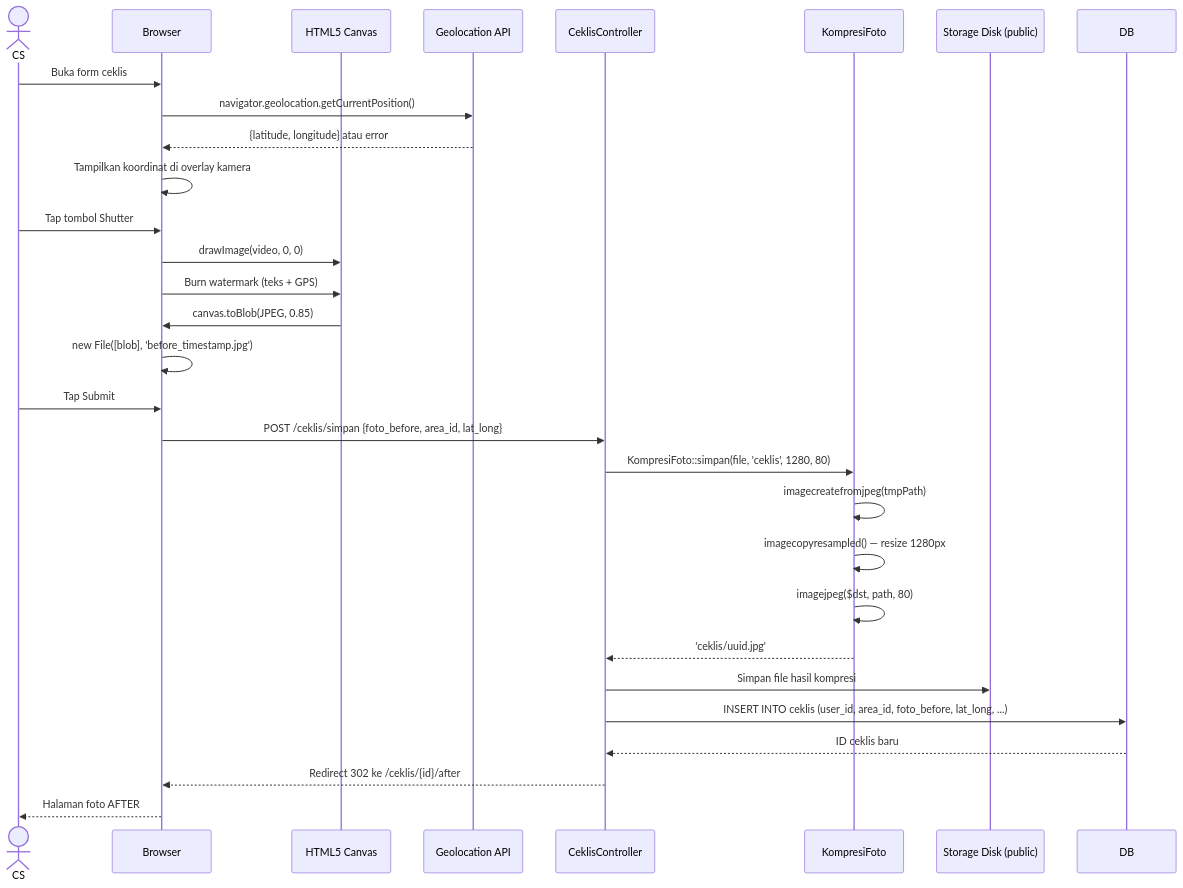
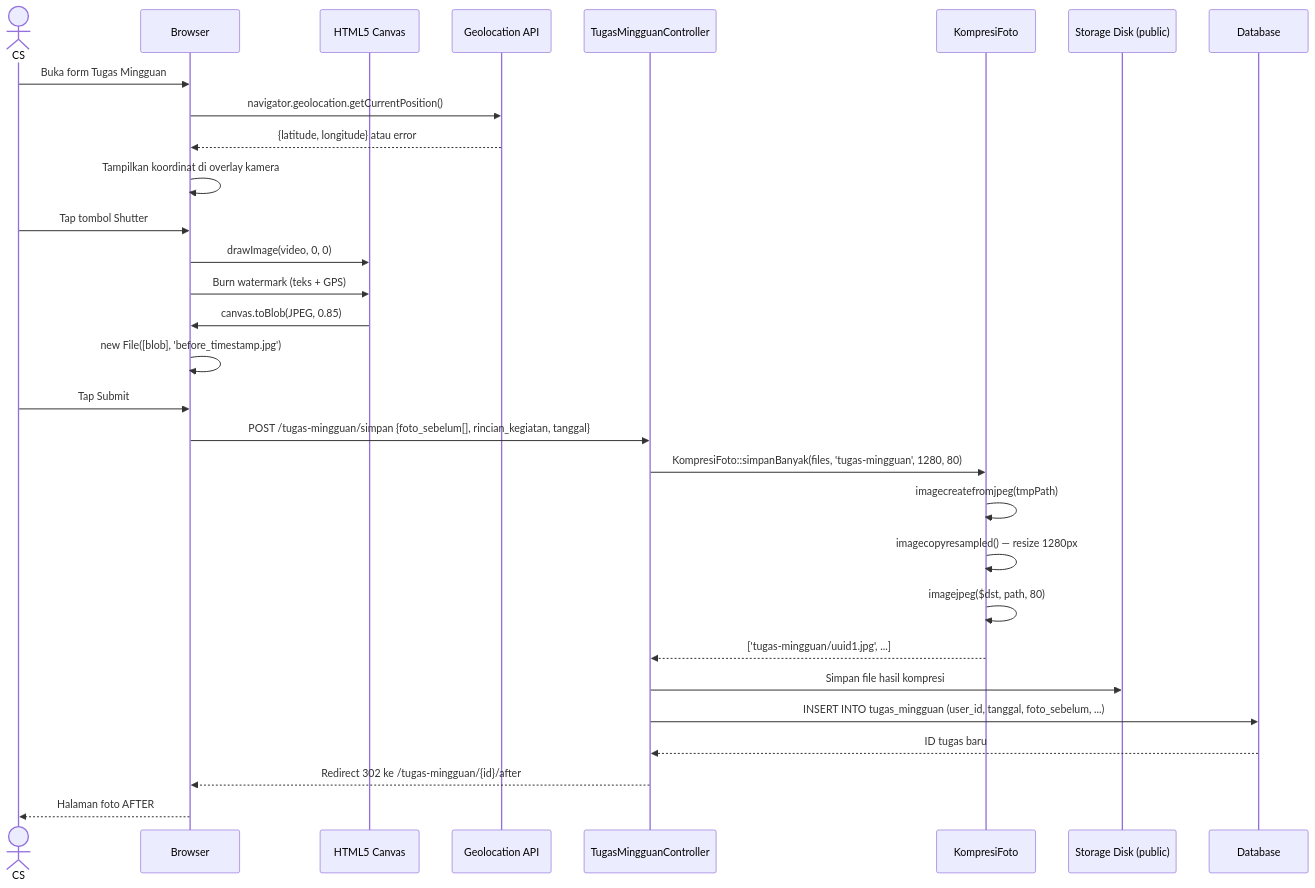
Before and after one commit to iyanriv/puskesmas-cleaning: the tenth of 15 diagrams in uml-erd.md, drawn with Mermaid. The commit also changed other lines of this file and 122 other files, not shown here.

````diff
--- a/uml-erd.md
+++ b/uml-erd.md
@@ -884,36 +810,37 @@
 ```mermaid
 sequenceDiagram
     actor CS
     participant Browser
     participant Canvas as HTML5 Canvas
     participant GPS as Geolocation API
-    participant Controller as CeklisController
+    participant Controller as TugasMingguanController
     participant Helper as KompresiFoto
     participant Storage as Storage Disk (public)
+    participant DB as Database
 
-    CS->>Browser: Buka form ceklis
+    CS->>Browser: Buka form Tugas Mingguan
     Browser->>GPS: navigator.geolocation.getCurrentPosition()
     GPS-->>Browser: {latitude, longitude} atau error
 
     Browser->>Browser: Tampilkan koordinat di overlay kamera
     CS->>Browser: Tap tombol Shutter
     Browser->>Canvas: drawImage(video, 0, 0)
     Browser->>Canvas: Burn watermark (teks + GPS)
     Canvas->>Browser: canvas.toBlob(JPEG, 0.85)
     Browser->>Browser: new File([blob], 'before_timestamp.jpg')
 
     CS->>Browser: Tap Submit
-    Browser->>Controller: POST /ceklis/simpan {foto_before, area_id, lat_long}
+    Browser->>Controller: POST /tugas-mingguan/simpan {foto_sebelum[], rincian_kegiatan, tanggal}
 
-    Controller->>Helper: KompresiFoto::simpan(file, 'ceklis', 1280, 80)
+    Controller->>Helper: KompresiFoto::simpanBanyak(files, 'tugas-mingguan', 1280, 80)
     Helper->>Helper: imagecreatefromjpeg(tmpPath)
     Helper->>Helper: imagecopyresampled() — resize 1280px
     Helper->>Helper: imagejpeg($dst, path, 80)
-    Helper-->>Controller: 'ceklis/uuid.jpg'
+    Helper-->>Controller: ['tugas-mingguan/uuid1.jpg', ...]
 
     Controller->>Storage: Simpan file hasil kompresi
-    Controller->>DB: INSERT INTO ceklis (user_id, area_id, foto_before, lat_long, ...)
-    DB-->>Controller: ID ceklis baru
-    Controller-->>Browser: Redirect 302 ke /ceklis/{id}/after
+    Controller->>DB: INSERT INTO tugas_mingguan (user_id, tanggal, foto_sebelum, ...)
+    DB-->>Controller: ID tugas baru
+    Controller-->>Browser: Redirect 302 ke /tugas-mingguan/{id}/after
     Browser-->>CS: Halaman foto AFTER
 ```
````
